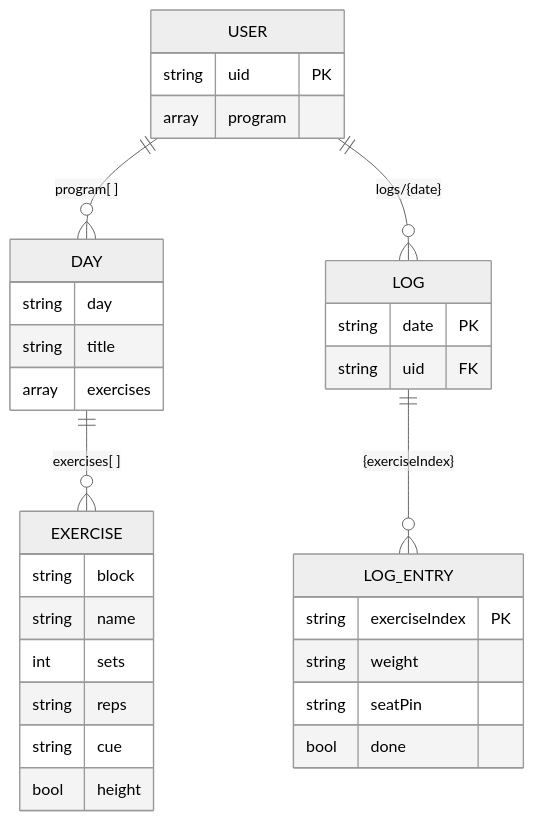
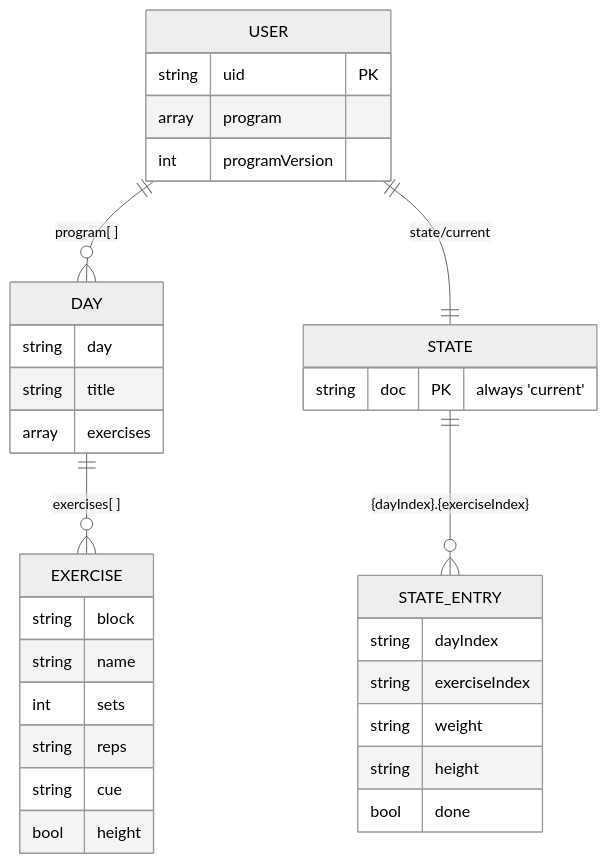
One commit to sarath-chandra-dev/shirtoff-tracker changed the second of 3 diagrams in README.md. Above: the diagram before and after it, drawn with Mermaid (neutral theme). The commit also changed other lines of this file and 1 other file, not shown here.

First line of the commit message:
Update README to match current code and add food tracker spec

````diff
--- a/README.md
+++ b/README.md
@@ -34,35 +50,36 @@
 ```mermaid
 erDiagram
     USER {
         string uid PK
         array  program
+        int    programVersion
     }
     DAY {
         string day
         string title
         array  exercises
     }
     EXERCISE {
         string block
         string name
         int    sets
         string reps
         string cue
         bool   height
     }
-    LOG {
-        string date PK
-        string uid  FK
+    STATE {
+        string doc PK "always 'current'"
     }
-    LOG_ENTRY {
-        string exerciseIndex PK
+    STATE_ENTRY {
+        string dayIndex
+        string exerciseIndex
         string weight
-        string seatPin
+        string height
         bool   done
     }
 
-    USER      ||--o{ DAY       : "program[ ]"
-    DAY       ||--o{ EXERCISE  : "exercises[ ]"
-    USER      ||--o{ LOG       : "logs/{date}"
-    LOG       ||--o{ LOG_ENTRY : "{exerciseIndex}"
+    USER      ||--o{ DAY         : "program[ ]"
+    DAY       ||--o{ EXERCISE    : "exercises[ ]"
+    USER      ||--|| STATE       : "state/current"
+    STATE     ||--o{ STATE_ENTRY : "{dayIndex}.{exerciseIndex}"
 ```
````
